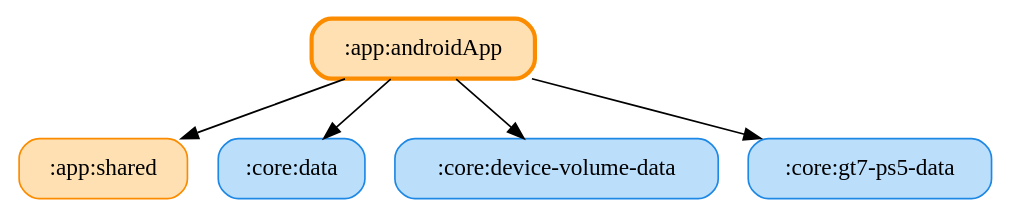
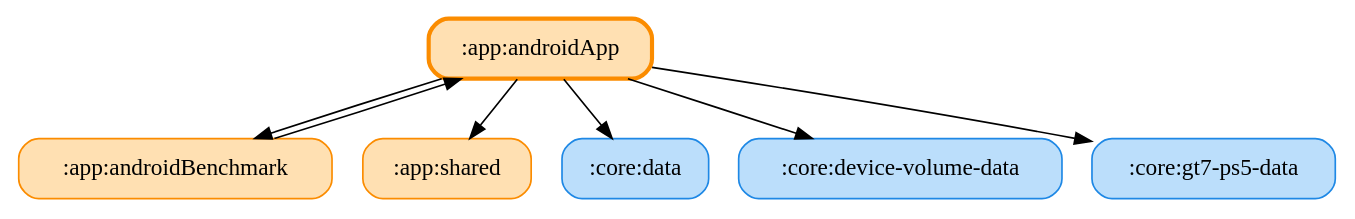
Before and after one commit to ai-kurou/KoDriver: the diagram in docs/graphs/app-androidApp.gv, drawn with Graphviz. The commit also changed 18 other files, not shown here.

```diff
--- a/docs/graphs/app-androidApp.gv
+++ b/docs/graphs/app-androidApp.gv
@@ -1,13 +1,16 @@
 digraph G {
   rankdir=TB
   node [shape=box, style="rounded,filled"]
   ":app:androidApp" [fillcolor="#FFE0B2", color="#FB8C00", penwidth=2.5]
+  ":app:androidBenchmark" [fillcolor="#FFE0B2", color="#FB8C00", penwidth=1]
   ":app:shared" [fillcolor="#FFE0B2", color="#FB8C00", penwidth=1]
   ":core:data" [fillcolor="#BBDEFB", color="#1E88E5", penwidth=1]
   ":core:device-volume-data" [fillcolor="#BBDEFB", color="#1E88E5", penwidth=1]
   ":core:gt7-ps5-data" [fillcolor="#BBDEFB", color="#1E88E5", penwidth=1]
   ":app:androidApp" -> ":app:shared"
+  ":app:androidApp" -> ":app:androidBenchmark"
   ":app:androidApp" -> ":core:data"
   ":app:androidApp" -> ":core:gt7-ps5-data"
   ":app:androidApp" -> ":core:device-volume-data"
+  ":app:androidBenchmark" -> ":app:androidApp"
 }
```
